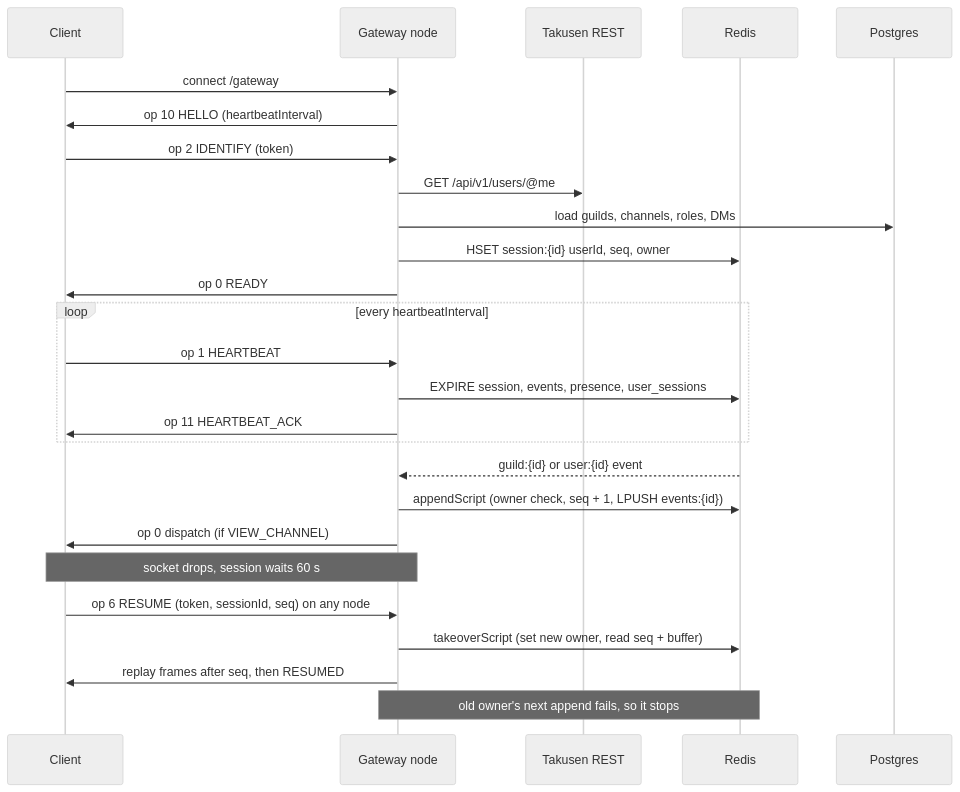
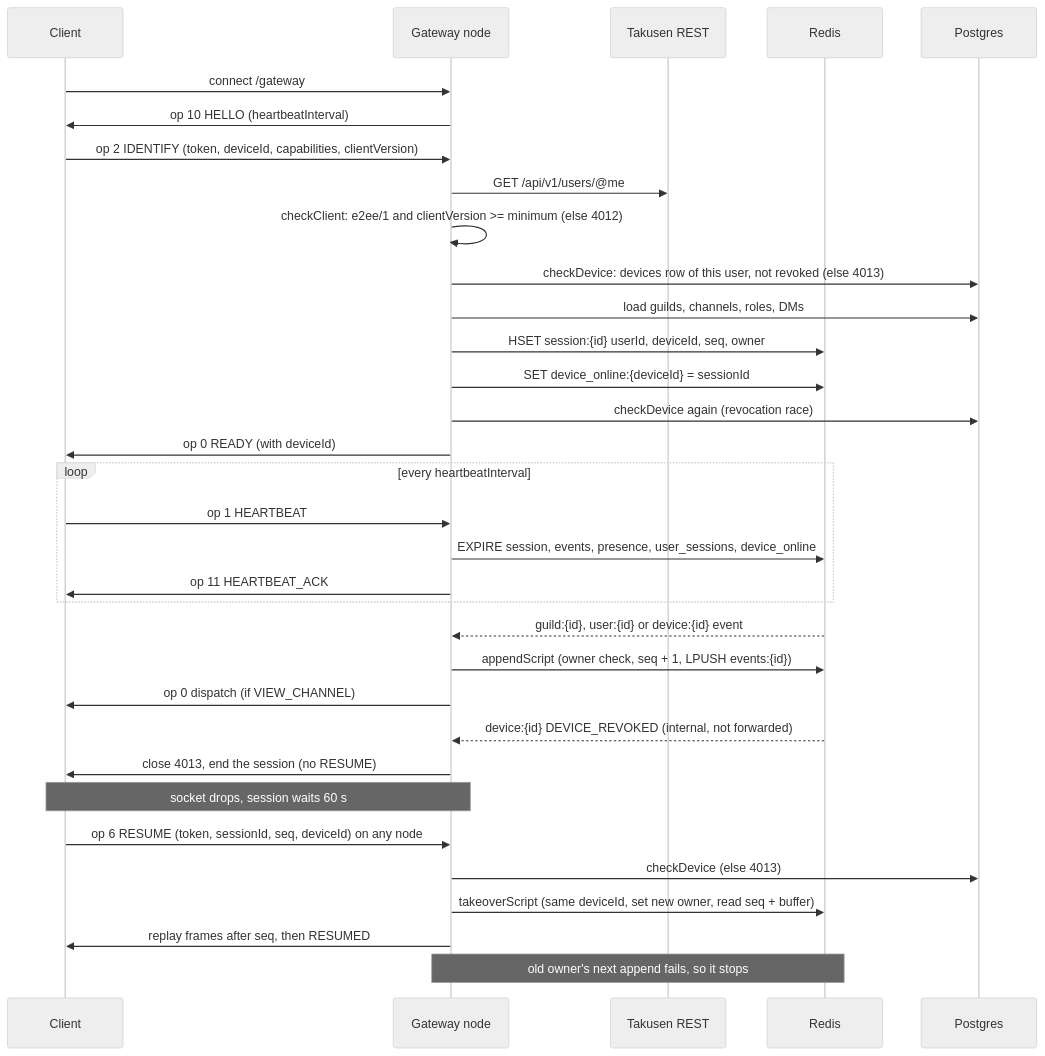
Before and after one commit to dan-hummelstad/hachiman: the third of 5 diagrams in apps/hachiman-server/README.md, drawn with Mermaid (neutral theme). The commit also changed other lines of this file and 339 other files, not shown here.

````diff
--- a/apps/hachiman-server/README.md
+++ b/apps/hachiman-server/README.md
@@ -113,29 +125,36 @@
 ```mermaid
 sequenceDiagram
   participant C as Client
   participant G as Gateway node
   participant T as Takusen REST
   participant R as Redis
   participant P as Postgres
 
   C->>G: connect /gateway
   G->>C: op 10 HELLO (heartbeatInterval)
-  C->>G: op 2 IDENTIFY (token)
+  C->>G: op 2 IDENTIFY (token, deviceId, capabilities, clientVersion)
   G->>T: GET /api/v1/users/@me
+  G->>G: checkClient: e2ee/1 and clientVersion >= minimum (else 4012)
+  G->>P: checkDevice: devices row of this user, not revoked (else 4013)
   G->>P: load guilds, channels, roles, DMs
-  G->>R: HSET session:{id} userId, seq, owner
-  G->>C: op 0 READY
+  G->>R: HSET session:{id} userId, deviceId, seq, owner
+  G->>R: SET device_online:{deviceId} = sessionId
+  G->>P: checkDevice again (revocation race)
+  G->>C: op 0 READY (with deviceId)
   loop every heartbeatInterval
     C->>G: op 1 HEARTBEAT
-    G->>R: EXPIRE session, events, presence, user_sessions
+    G->>R: EXPIRE session, events, presence, user_sessions, device_online
     G->>C: op 11 HEARTBEAT_ACK
   end
-  R-->>G: guild:{id} or user:{id} event
+  R-->>G: guild:{id}, user:{id} or device:{id} event
   G->>R: appendScript (owner check, seq + 1, LPUSH events:{id})
   G->>C: op 0 dispatch (if VIEW_CHANNEL)
+  R-->>G: device:{id} DEVICE_REVOKED (internal, not forwarded)
+  G->>C: close 4013, end the session (no RESUME)
   Note over C,G: socket drops, session waits 60 s
-  C->>G: op 6 RESUME (token, sessionId, seq) on any node
-  G->>R: takeoverScript (set new owner, read seq + buffer)
+  C->>G: op 6 RESUME (token, sessionId, seq, deviceId) on any node
+  G->>P: checkDevice (else 4013)
+  G->>R: takeoverScript (same deviceId, set new owner, read seq + buffer)
   G->>C: replay frames after seq, then RESUMED
   Note over G,R: old owner's next append fails, so it stops
 ```
````
